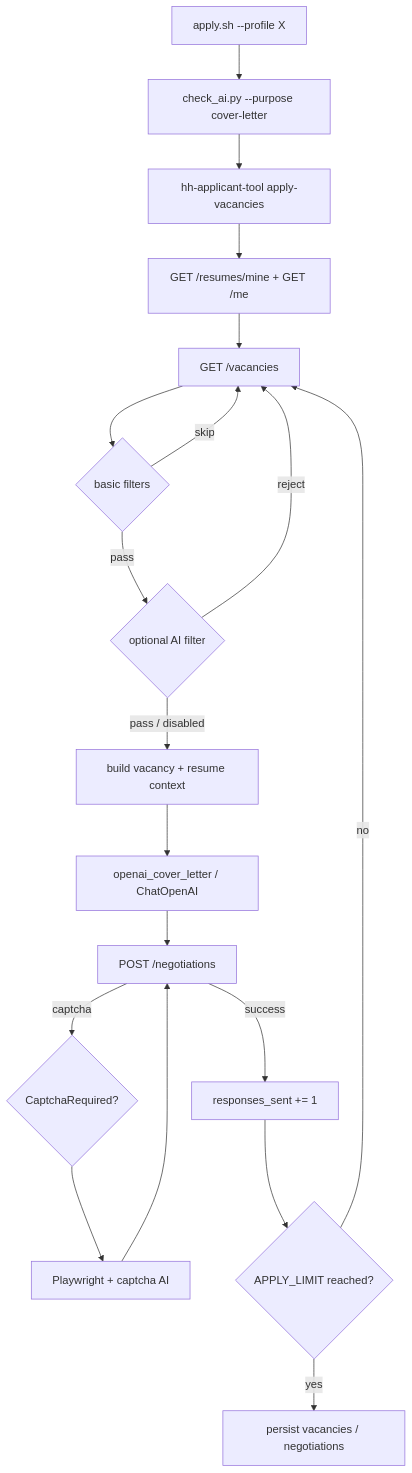
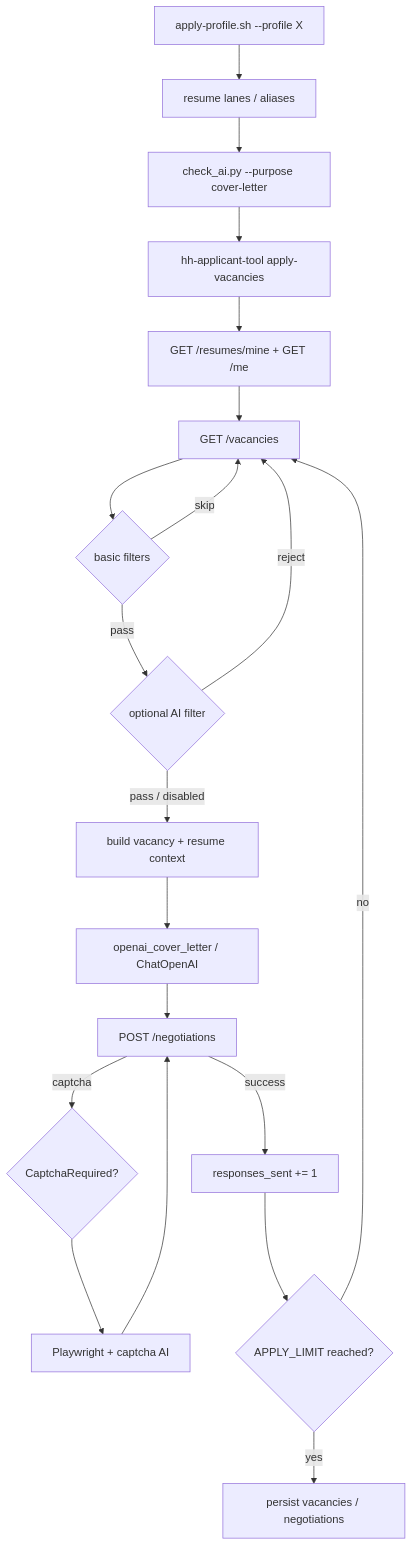
The second of 3 diagrams in docs/ARCHITECTURE.md (orelkrylatiy/hh-ops), drawn with Mermaid before and after one commit. The commit also changed other lines of this file, not shown here.

Commit message:
docs(architecture): align apply diagram with resume lanes and fallback

````diff
--- a/docs/ARCHITECTURE.md
+++ b/docs/ARCHITECTURE.md
@@ -185,29 +188,30 @@
 ```mermaid
 flowchart TD
-    Start["apply.sh --profile X"]
+    Start["apply-profile.sh --profile X"]
+    Lanes["resume lanes / aliases"]
     Preflight["check_ai.py --purpose cover-letter"]
     CLI["hh-applicant-tool apply-vacancies"]
     Resume["GET /resumes/mine + GET /me"]
     Search["GET /vacancies"]
     Basic{"basic filters"}
     AIFilter{"optional AI filter"}
     Context["build vacancy + resume context"]
     LLM["openai_cover_letter / ChatOpenAI"]
     Send["POST /negotiations"]
     Captcha{"CaptchaRequired?"}
     Browser["Playwright + captcha AI"]
     Count["responses_sent += 1"]
     Quota{"APPLY_LIMIT reached?"}
     DB["persist vacancies / negotiations"]
 
-    Start --> Preflight --> CLI --> Resume --> Search --> Basic
+    Start --> Lanes --> Preflight --> CLI --> Resume --> Search --> Basic
     Basic -->|skip| Search
     Basic -->|pass| AIFilter
     AIFilter -->|reject| Search
     AIFilter -->|pass / disabled| Context --> LLM --> Send
     Send -->|success| Count
     Send -->|captcha| Captcha --> Browser --> Send
     Count --> Quota
     Quota -->|no| Search
     Quota -->|yes| DB
 ```
````
